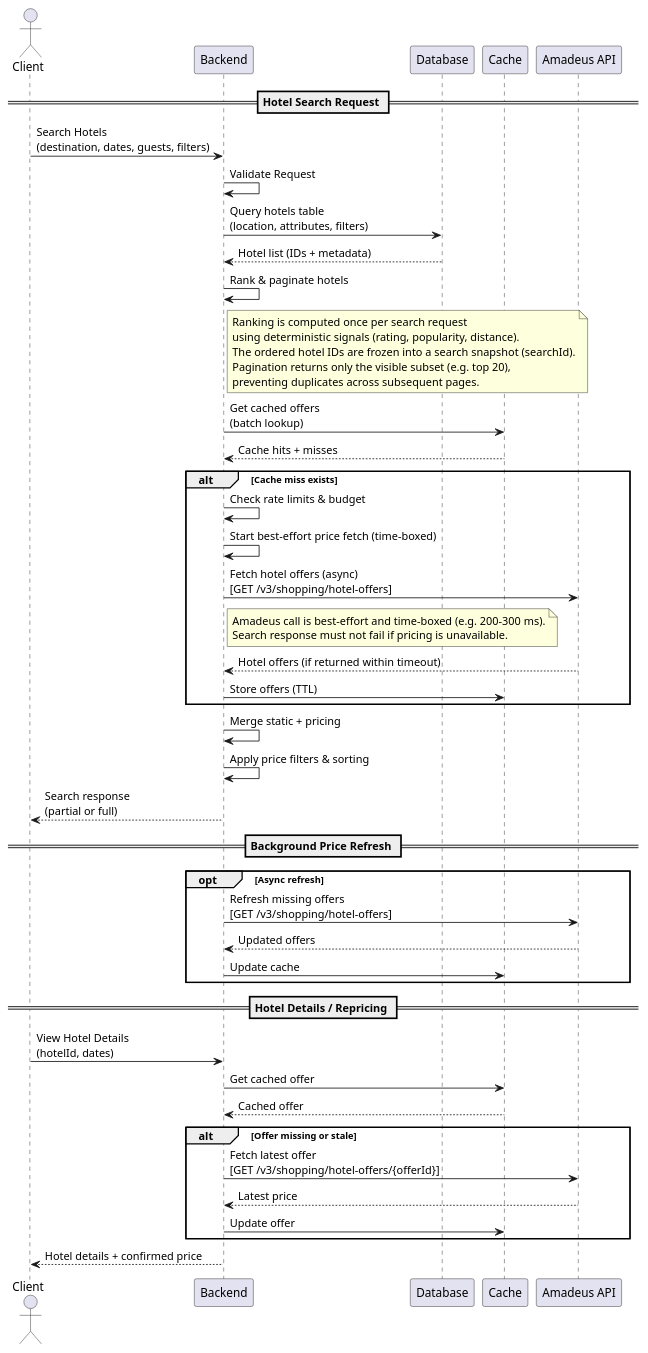
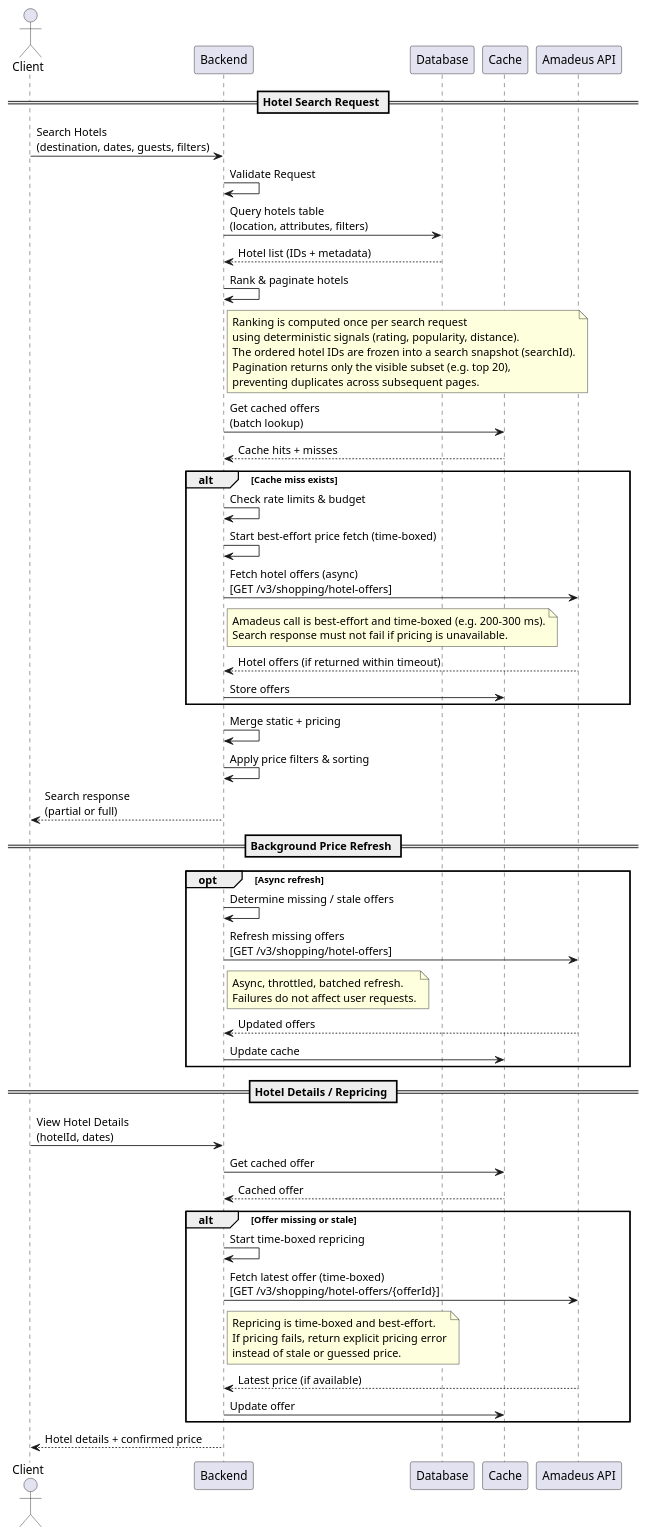
One commit to Adel1250/Skyscanner-Backend-Clone-Design changed the diagram in hotel-search-sequence-diagram.puml. Above: the diagram before and after it, drawn with PlantUML. The commit also changed 6 other files, not shown here.

Commit message:
Enhance Hotel Search Design

```diff
--- a/hotel-search-sequence-diagram.puml
+++ b/hotel-search-sequence-diagram.puml
@@ -1,70 +1,91 @@
 @startuml Hotel Search
+
+' ==============================
+' Document: Hotel Search Flow
+' Author: Adel Hamouda (adelashrafwork@gmail.com)
+' Created: 2026-01-31
+' Description:
+' Backend sequence diagram for hotel search,
+' pricing, caching, and repricing flow.
+' ==============================
+
 actor Client
 
 participant "Backend" as BACKEND
 participant "Database" as DB
 participant "Cache" as CACHE
 participant "Amadeus API" as AMADEUS
 
 == Hotel Search Request ==
 
 Client -> BACKEND: Search Hotels\n(destination, dates, guests, filters)
 
 BACKEND -> BACKEND: Validate Request
 
 BACKEND -> DB: Query hotels table\n(location, attributes, filters)
 DB --> BACKEND: Hotel list (IDs + metadata)
 
 BACKEND -> BACKEND: Rank & paginate hotels
 note right of BACKEND
 Ranking is computed once per search request
 using deterministic signals (rating, popularity, distance).
 The ordered hotel IDs are frozen into a search snapshot (searchId).
 Pagination returns only the visible subset (e.g. top 20),
 preventing duplicates across subsequent pages.
 end note
 
 BACKEND -> CACHE: Get cached offers\n(batch lookup)
 CACHE --> BACKEND: Cache hits + misses
 
 alt Cache miss exists
     BACKEND -> BACKEND: Check rate limits & budget
     BACKEND -> BACKEND: Start best-effort price fetch (time-boxed)
     BACKEND -> AMADEUS: Fetch hotel offers (async)\n[GET /v3/shopping/hotel-offers]
     note right of BACKEND
     Amadeus call is best-effort and time-boxed (e.g. 200–300 ms).
     Search response must not fail if pricing is unavailable.
     end note
     AMADEUS --> BACKEND: Hotel offers (if returned within timeout)
-    BACKEND -> CACHE: Store offers (TTL)
+    BACKEND -> CACHE: Store offers
 end
 
 
 BACKEND -> BACKEND: Merge static + pricing
 BACKEND -> BACKEND: Apply price filters & sorting
 
 BACKEND --> Client: Search response\n(partial or full)
 
 == Background Price Refresh ==
 
 opt Async refresh
+    BACKEND -> BACKEND: Determine missing / stale offers
     BACKEND -> AMADEUS: Refresh missing offers\n[GET /v3/shopping/hotel-offers]
+    note right of BACKEND
+    Async, throttled, batched refresh.
+    Failures do not affect user requests.
+    end note
     AMADEUS --> BACKEND: Updated offers
     BACKEND -> CACHE: Update cache
 end
 
 == Hotel Details / Repricing ==
 
 Client -> BACKEND: View Hotel Details\n(hotelId, dates)
 
 BACKEND -> CACHE: Get cached offer
 CACHE --> BACKEND: Cached offer
 
 alt Offer missing or stale
-    BACKEND -> AMADEUS: Fetch latest offer\n[GET /v3/shopping/hotel-offers/{offerId}]
-    AMADEUS --> BACKEND: Latest price
+    BACKEND -> BACKEND: Start time-boxed repricing
+    BACKEND -> AMADEUS: Fetch latest offer (time-boxed)\n[GET /v3/shopping/hotel-offers/{offerId}]
+    note right of BACKEND
+    Repricing is time-boxed and best-effort.
+    If pricing fails, return explicit pricing error
+    instead of stale or guessed price.
+    end note
+    AMADEUS --> BACKEND: Latest price (if available)
     BACKEND -> CACHE: Update offer
 end
 
 BACKEND --> Client: Hotel details + confirmed price
 @enduml
```
